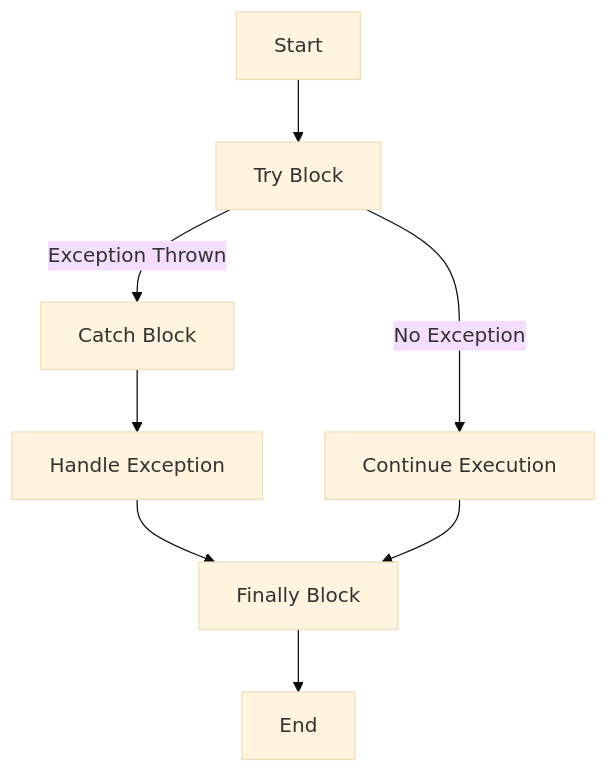
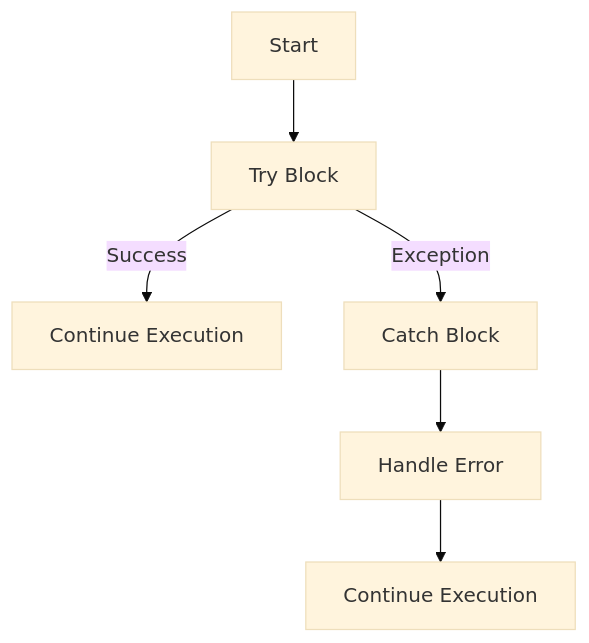
One commit to MasteryEducation/ClojureForJava.com changed the diagram in content/3/9/1/index.md. Above: the diagram before and after it, drawn with Mermaid (base theme). The commit also changed other lines of this file and 74 other files, not shown here.

````diff
--- a/content/3/9/1/index.md
+++ b/content/3/9/1/index.md
@@ -211,10 +137,8 @@
 ```mermaid
-flowchart TD
-    A[Start] --> B[Try Block]
-    B -->|No Exception| C[Continue Execution]
-    B -->|Exception Thrown| D[Catch Block]
-    D --> E[Handle Exception]
-    E --> F[Finally Block]
-    C --> F
-    F --> G[End]
+graph TD;
+    A[Start] --> B[Try Block];
+    B -->|Success| C[Continue Execution];
+    B -->|Exception| D[Catch Block];
+    D --> E[Handle Error];
+    E --> F[Continue Execution];
 ```
````
